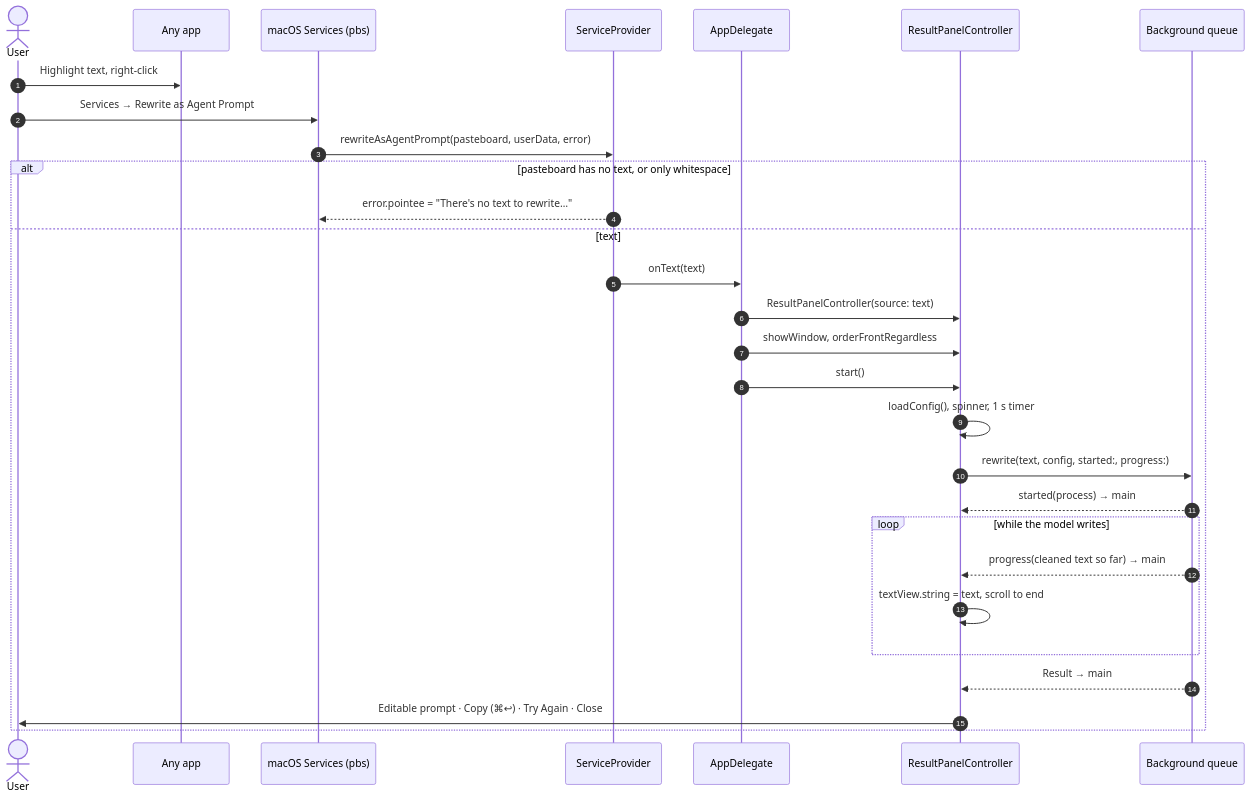
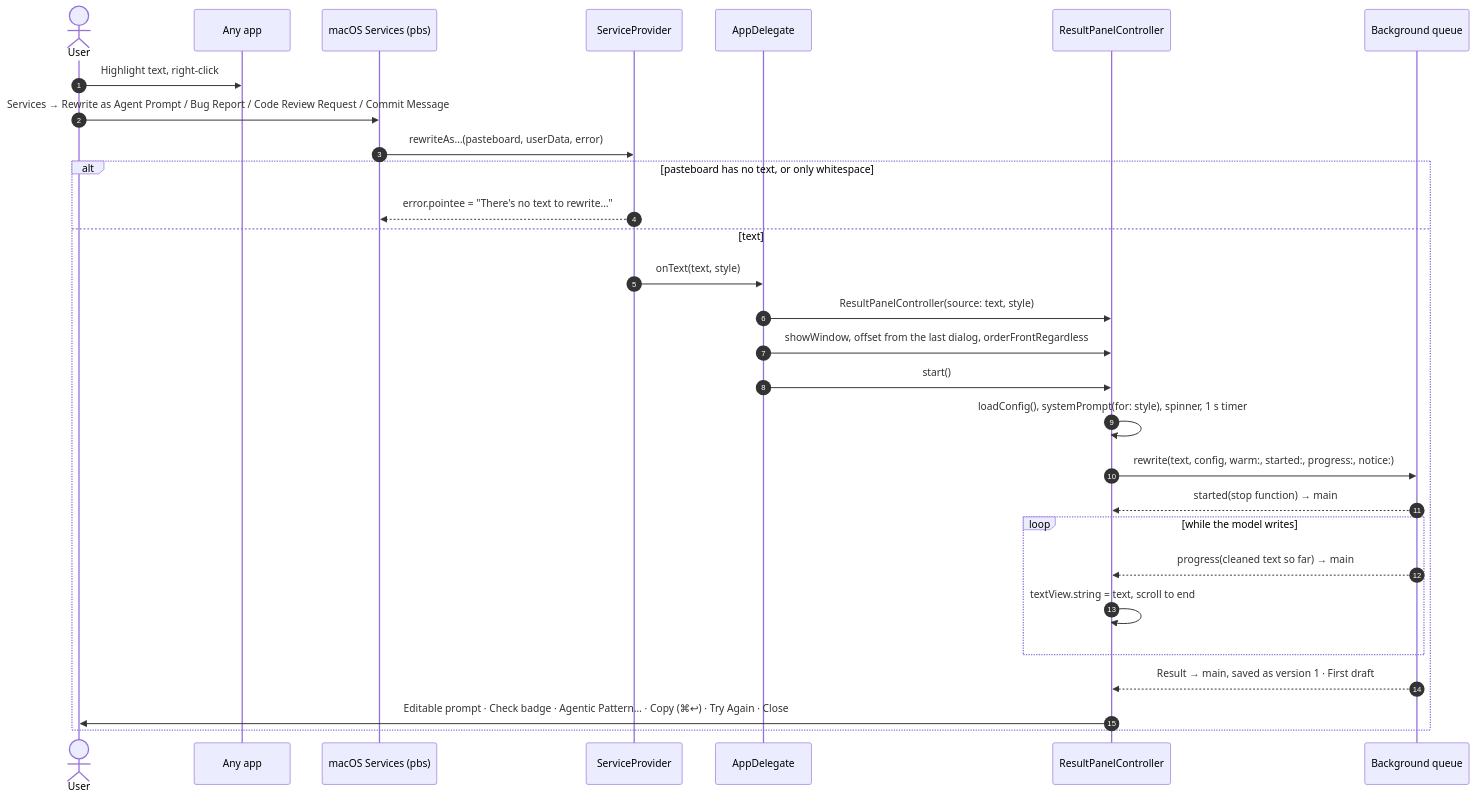
The second of 15 diagrams in docs/FLOW_MAPS.md (jdgiles26/prompt-menu), drawn with Mermaid before and after one commit. The commit also changed other lines of this file and 8 other files, not shown here.

````diff
--- a/docs/FLOW_MAPS.md
+++ b/docs/FLOW_MAPS.md
@@ -37,32 +40,32 @@
 ```mermaid
 sequenceDiagram
     autonumber
     actor U as User
     participant App as Any app
     participant OS as macOS Services (pbs)
     participant SP as ServiceProvider
     participant AD as AppDelegate
     participant P as ResultPanelController
     participant BG as Background queue
 
     U->>App: Highlight text, right-click
-    U->>OS: Services → Rewrite as Agent Prompt
-    OS->>SP: rewriteAsAgentPrompt(pasteboard, userData, error)
+    U->>OS: Services → Rewrite as Agent Prompt / Bug Report / Code Review Request / Commit Message
+    OS->>SP: rewriteAs…(pasteboard, userData, error)
     alt pasteboard has no text, or only whitespace
         SP-->>OS: error.pointee = "There's no text to rewrite…"
     else text
-        SP->>AD: onText(text)
-        AD->>P: ResultPanelController(source: text)
-        AD->>P: showWindow, orderFrontRegardless
+        SP->>AD: onText(text, style)
+        AD->>P: ResultPanelController(source: text, style)
+        AD->>P: showWindow, offset from the last dialog, orderFrontRegardless
         AD->>P: start()
-        P->>P: loadConfig(), spinner, 1 s timer
-        P->>BG: rewrite(text, config, started:, progress:)
-        BG-->>P: started(process) → main
+        P->>P: loadConfig(), systemPrompt(for: style), spinner, 1 s timer
+        P->>BG: rewrite(text, config, warm:, started:, progress:, notice:)
+        BG-->>P: started(stop function) → main
         loop while the model writes
             BG-->>P: progress(cleaned text so far) → main
             P->>P: textView.string = text, scroll to end
         end
-        BG-->>P: Result → main
-        P->>U: Editable prompt · Copy (⌘↩) · Try Again · Close
+        BG-->>P: Result → main, saved as version 1 · First draft
+        P->>U: Editable prompt · Check badge · Agentic Pattern… · Copy (⌘↩) · Try Again · Close
     end
 ```
````
